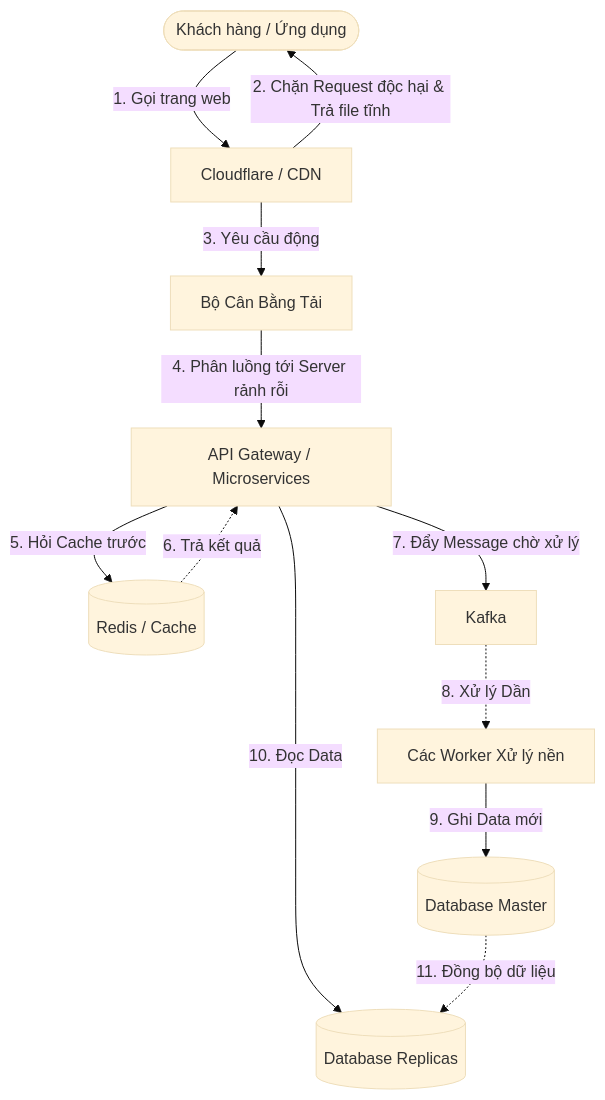
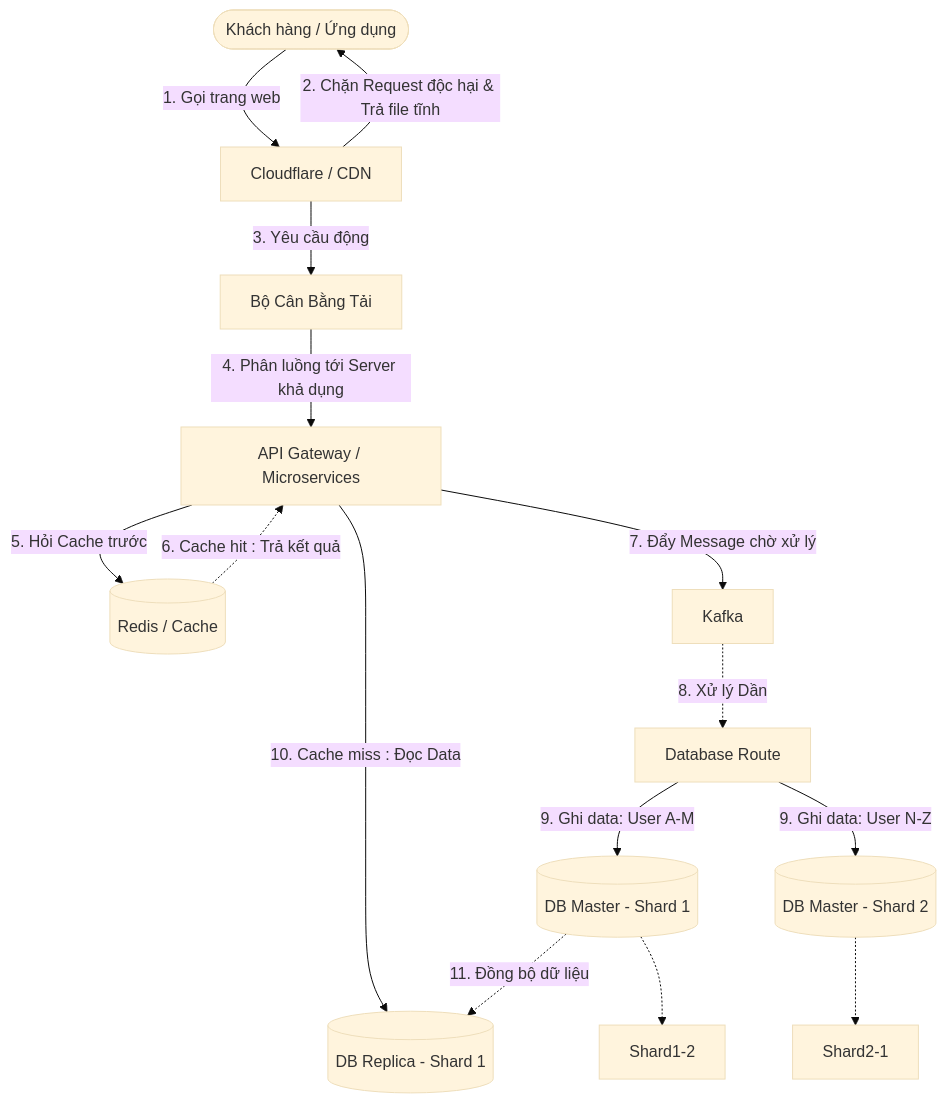
The diagram in Kien_truc_he_thong_lon.md (Vtvuong93/Mo_Hinh_Services_Shoppee), drawn with Mermaid (base theme) before and after one commit. The commit also changed other lines of this file, not shown here.

Commit message:
Kien_truc_he_thong_lon_v2

````diff
--- a/Kien_truc_he_thong_lon.md
+++ b/Kien_truc_he_thong_lon.md
@@ -5,18 +5,23 @@
 ```mermaid
 graph TD
     User([Khách hàng / Ứng dụng]) -->|1. Gọi trang web| CDN[Cloudflare / CDN]
     CDN -->|2. Chặn Request độc hại & Trả file tĩnh| User
     CDN -->|3. Yêu cầu động| LB[Bộ Cân Bằng Tải]
-    LB -->|4. Phân luồng tới Server rảnh rỗi| Gateway[API Gateway / Microservices]
+    LB -->|4. Phân luồng tới Server khả dụng| Gateway[API Gateway / Microservices]
     
     Gateway -->|5. Hỏi Cache trước| Cache[(Redis / Cache)]
-    Cache -.->|6. Trả kết quả | Gateway
+    Cache -.->|6. Cache hit : Trả kết quả | Gateway
     
     Gateway -->|7. Đẩy Message chờ xử lý| Kafka[Kafka]
-    Kafka -.->|8. Xử lý Dần| Worker[Các Worker Xử lý nền]
+    Kafka -.->|8. Xử lý Dần| Worker[Database Route]
+
+    Worker -->|9. Ghi data: User A-M| Shard1Master[(DB Master - Shard 1)]
+    Worker -->|9. Ghi data: User N-Z| Shard2Master[(DB Master - Shard 2)]
     
-    Worker -->|9. Ghi Data mới| DBMaster[(Database Master)]
-    Gateway -->|10. Đọc Data| DBReplica[(Database Replicas)]
+    Gateway -->|10. Cache miss : Đọc Data| Shard1Replica[(DB Replica - Shard 1)]
     
-    DBMaster -.->|11. Đồng bộ dữ liệu| DBReplica
+    
+    Shard1Master -.->|11. Đồng bộ dữ liệu| Shard1Replica
+    Shard1Master -.-> Shard1-2
+    Shard2Master -.-> Shard2-1
 ```
````
